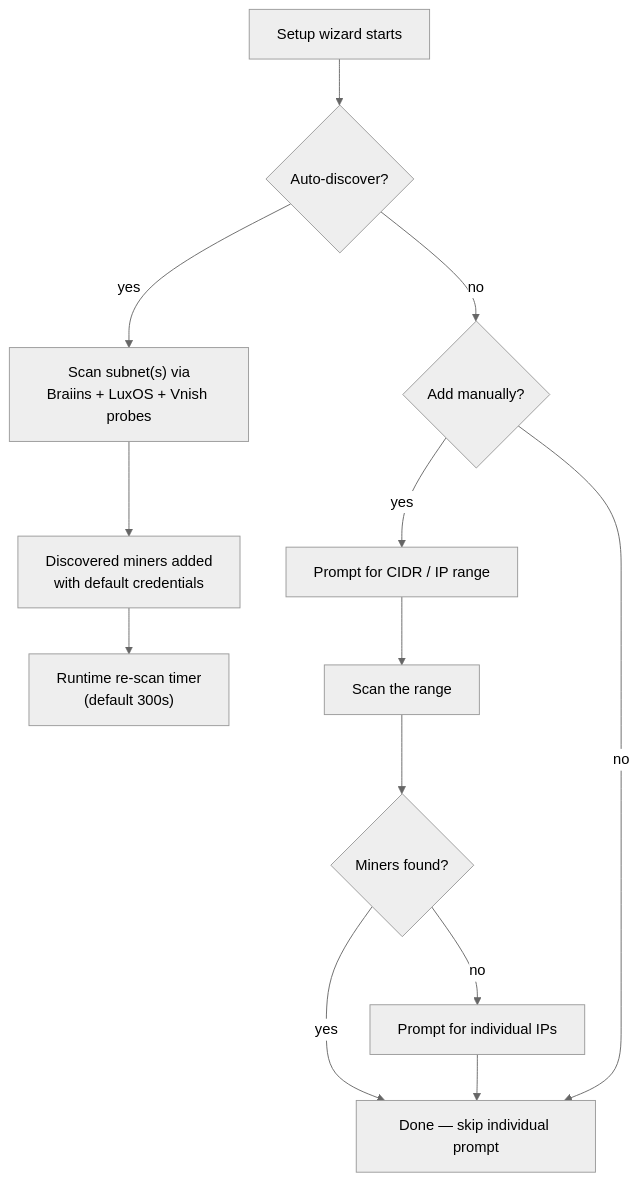
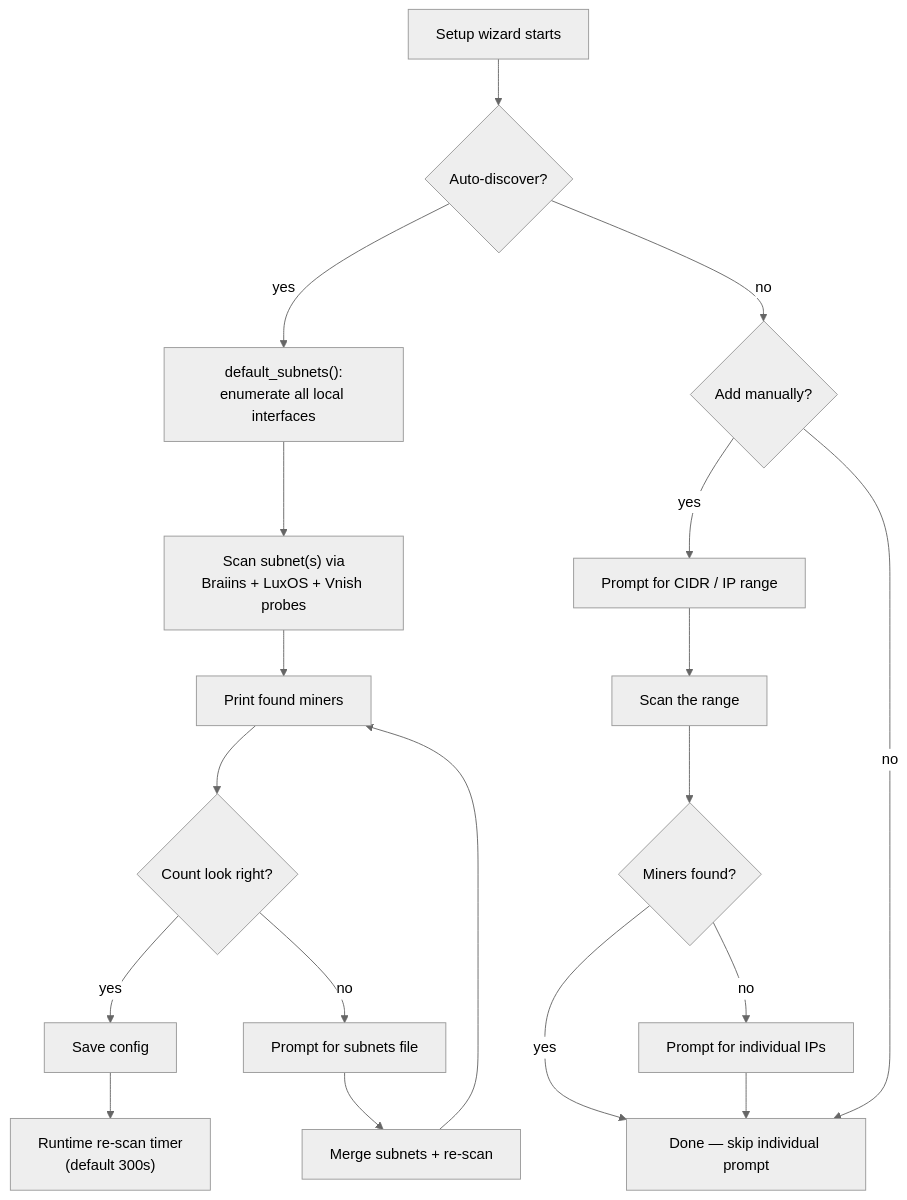
The fourth of 4 diagrams in docs/architecture.md (Wright-1/wright-telemetry), drawn with Mermaid (neutral theme) before and after one commit. The commit also changed other lines of this file and 1 other file, not shown here.

````diff
--- a/docs/architecture.md
+++ b/docs/architecture.md
@@ -233,15 +233,21 @@
 ```mermaid
 flowchart TD
     Start["Setup wizard starts"] --> AutoDisc{"Auto-discover?"}
-    AutoDisc -->|yes| Subnet["Scan subnet(s) via<br/>Braiins + LuxOS + Vnish probes"]
+    AutoDisc -->|yes| Detect["default_subnets():<br/>enumerate all local interfaces"]
+    Detect --> Subnet["Scan subnet(s) via<br/>Braiins + LuxOS + Vnish probes"]
     AutoDisc -->|no| Manual{"Add manually?"}
-    Subnet --> Found["Discovered miners added<br/>with default credentials"]
-    Found --> RuntimeRescan["Runtime re-scan timer<br/>(default 300s)"]
+    Subnet --> Found["Print found miners"]
+    Found --> Confirm{"Count look right?"}
+    Confirm -->|yes| Save["Save config"]
+    Confirm -->|no| FilePrompt["Prompt for subnets file"]
+    FilePrompt --> Rescan["Merge subnets + re-scan"]
+    Rescan --> Found
+    Save --> RuntimeRescan["Runtime re-scan timer<br/>(default 300s)"]
     Manual -->|yes| RangePrompt["Prompt for CIDR / IP range"]
     RangePrompt --> RangeScan["Scan the range"]
     RangeScan --> RangeFound{"Miners found?"}
     RangeFound -->|yes| Done["Done — skip individual prompt"]
     RangeFound -->|no| Individual["Prompt for individual IPs"]
     Individual --> Done
     Manual -->|no| Done
 ```
````
